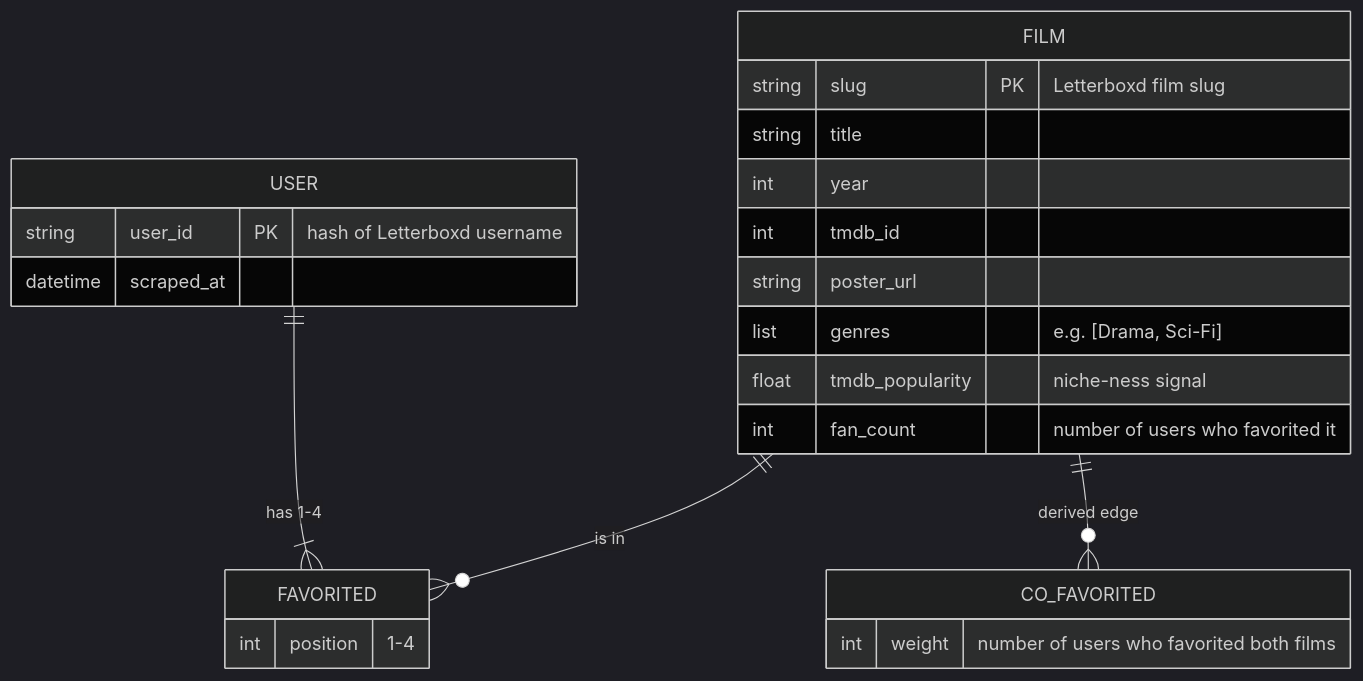
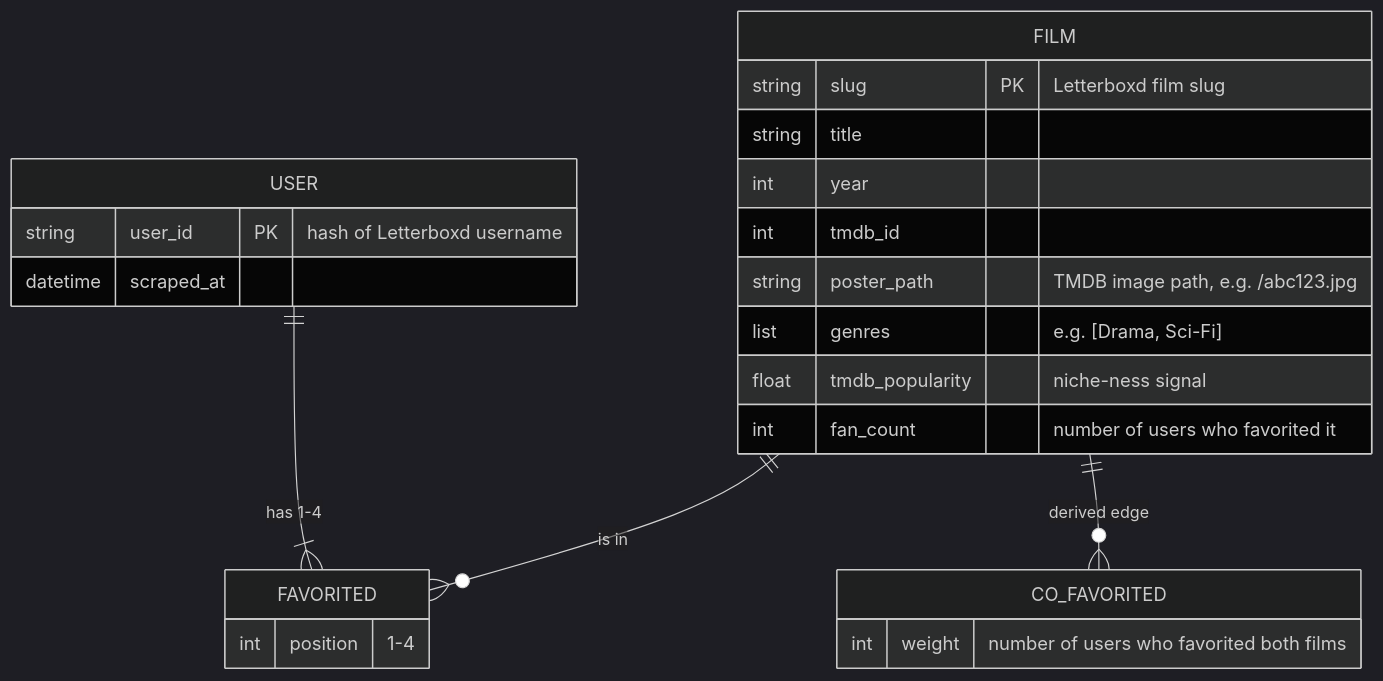
One commit to owenslar/cs452-final-project changed the first of 3 diagrams in project-initial-design.md. Above: the diagram before and after it, drawn with Mermaid (dark theme). The commit also changed other lines of this file and 1 other file, not shown here.

````diff
--- a/project-initial-design.md
+++ b/project-initial-design.md
@@ -54,27 +54,27 @@
 ```mermaid
 erDiagram
     USER ||--|{ FAVORITED : "has 1-4"
     FILM ||--o{ FAVORITED : "is in"
     FILM ||--o{ CO_FAVORITED : "derived edge"
 
     USER {
         string user_id PK "hash of Letterboxd username"
         datetime scraped_at
     }
     FAVORITED {
         int position "1-4"
     }
     FILM {
         string slug PK "Letterboxd film slug"
         string title
         int year
         int tmdb_id
-        string poster_url
+        string poster_path "TMDB image path, e.g. /abc123.jpg"
         list genres "e.g. [Drama, Sci-Fi]"
         float tmdb_popularity "niche-ness signal"
         int fan_count "number of users who favorited it"
     }
     CO_FAVORITED {
         int weight "number of users who favorited both films"
     }
 ```
````
